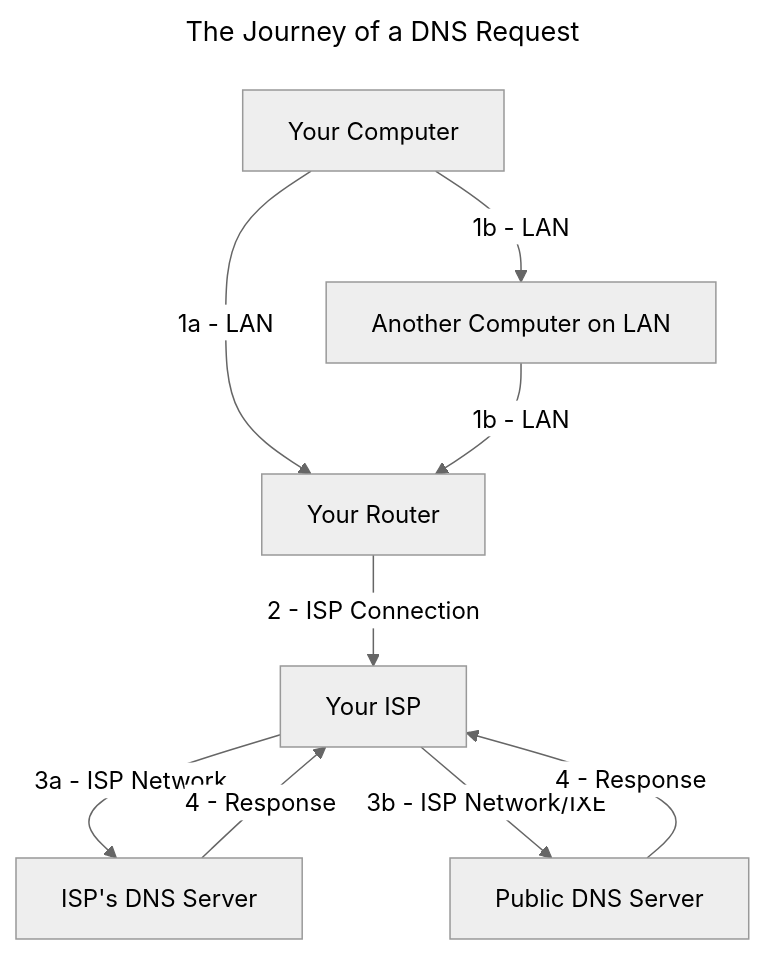
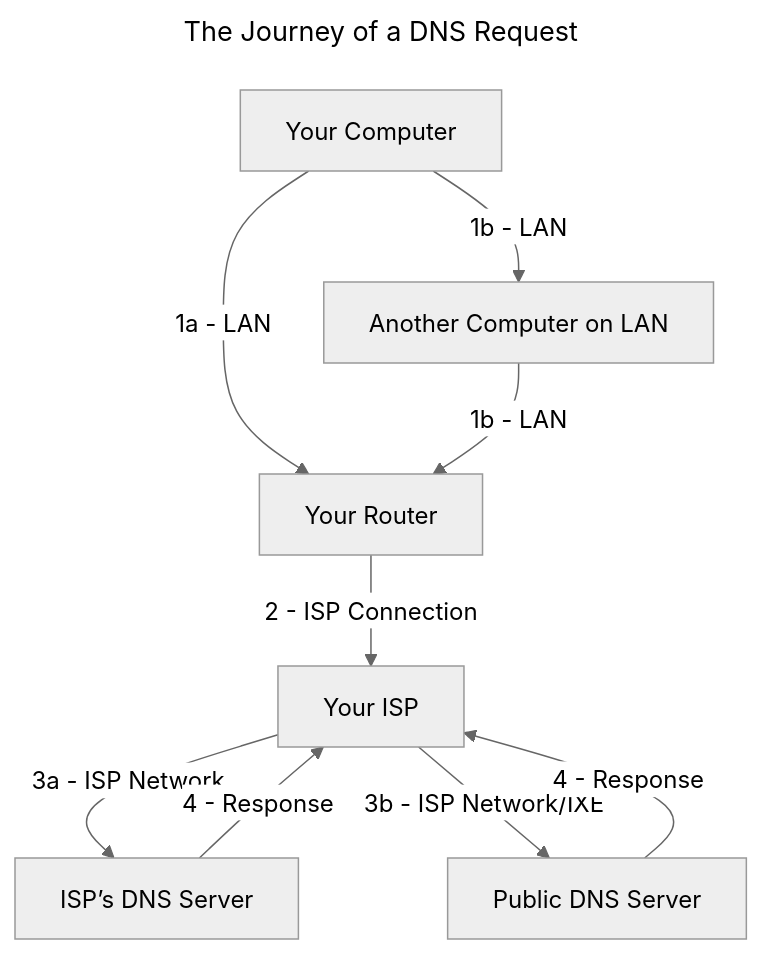
The first of 2 diagrams in posts/Dismantling_Internet_Censorship:_Build_Your_Own_VPN.md (ali-layken/BurstUI), drawn with Mermaid (neutral theme) before and after one commit. The commit also changed other lines of this file and 1 other file, not shown here.

````diff
--- a/posts/Dismantling_Internet_Censorship:_Build_Your_Own_VPN.md
+++ b/posts/Dismantling_Internet_Censorship:_Build_Your_Own_VPN.md
@@ -62,19 +62,19 @@
 ```mermaid
 ---
 title: The Journey of a DNS Request
 ---
 graph TD
     Visitor[Your Computer]  -->|1a - LAN| Router[Your Router]
     Visitor -->|1b - LAN| Peer[Another Computer on LAN]
     Peer -->|1b - LAN| Router
 
     Router -->|2 - ISP Connection| ISP[Your ISP]
 
-    ISP -->|3a - ISP Network| ISPDNS[ISP's DNS Server]
+    ISP -->|3a - ISP Network| ISPDNS[ISP’s DNS Server]
     ISP -->|3b - ISP Network/IXE| PubDNS[Public DNS Server]
 
 
     ISPDNS -->|4 - Response| ISP
     PubDNS -->|4 - Response| ISP
     
 ```
````
